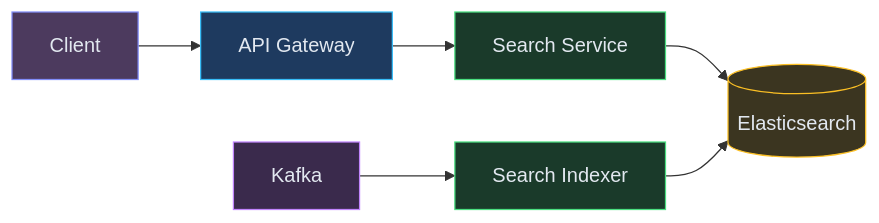
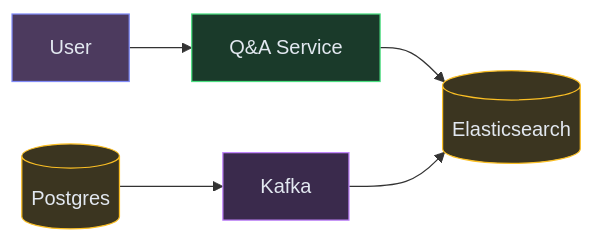
Before and after one commit to iluzn/HLD-Designs: the fourth of 4 diagrams in content/hld/QAForum.md, drawn with Mermaid. The commit also changed other lines of this file and 8 other files, not shown here.

````diff
--- a/content/hld/QAForum.md
+++ b/content/hld/QAForum.md
@@ -213,21 +139,18 @@
 ```mermaid
 flowchart LR
-    CLIENT["Client"]:::client
-    GW["API Gateway"]:::edge
-    SS["Search Service"]:::service
+    USER["User"]:::client
+    API["Q&A Service"]:::service
     ES[("Elasticsearch")]:::data
+    DB[("Postgres")]:::data
     KAFKA["Kafka"]:::async
-    IDX["Search Indexer"]:::service
 
-    CLIENT --> GW
-    GW --> SS
-    SS --> ES
-    KAFKA --> IDX
-    IDX --> ES
+    USER --> API
+    API --> ES
+    DB --> KAFKA
+    KAFKA --> ES
 
     classDef client fill:#4c3a5e,stroke:#818cf8,color:#e2e8f0
-    classDef edge fill:#1e3a5f,stroke:#38bdf8,color:#e2e8f0
     classDef service fill:#1a3a2a,stroke:#4ade80,color:#e2e8f0
     classDef data fill:#3b3520,stroke:#fbbf24,color:#e2e8f0
     classDef async fill:#3a2a4c,stroke:#c084fc,color:#e2e8f0
 ```
````
